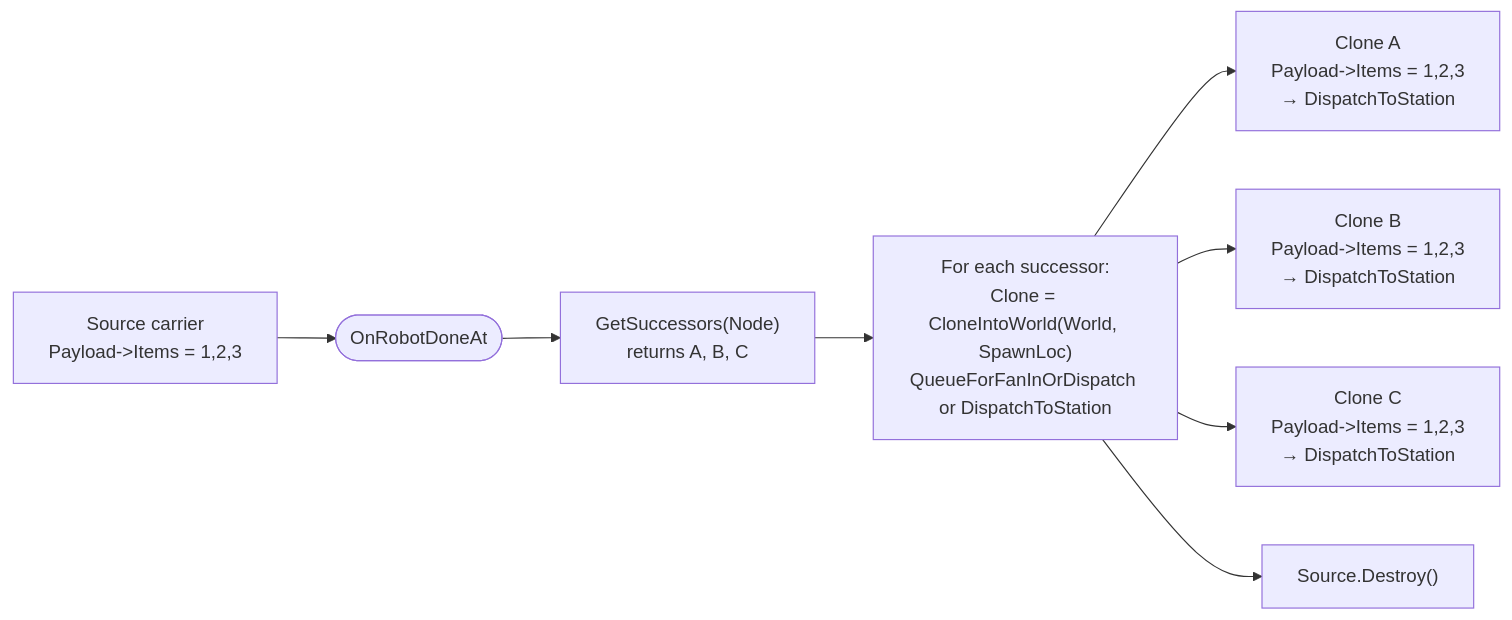
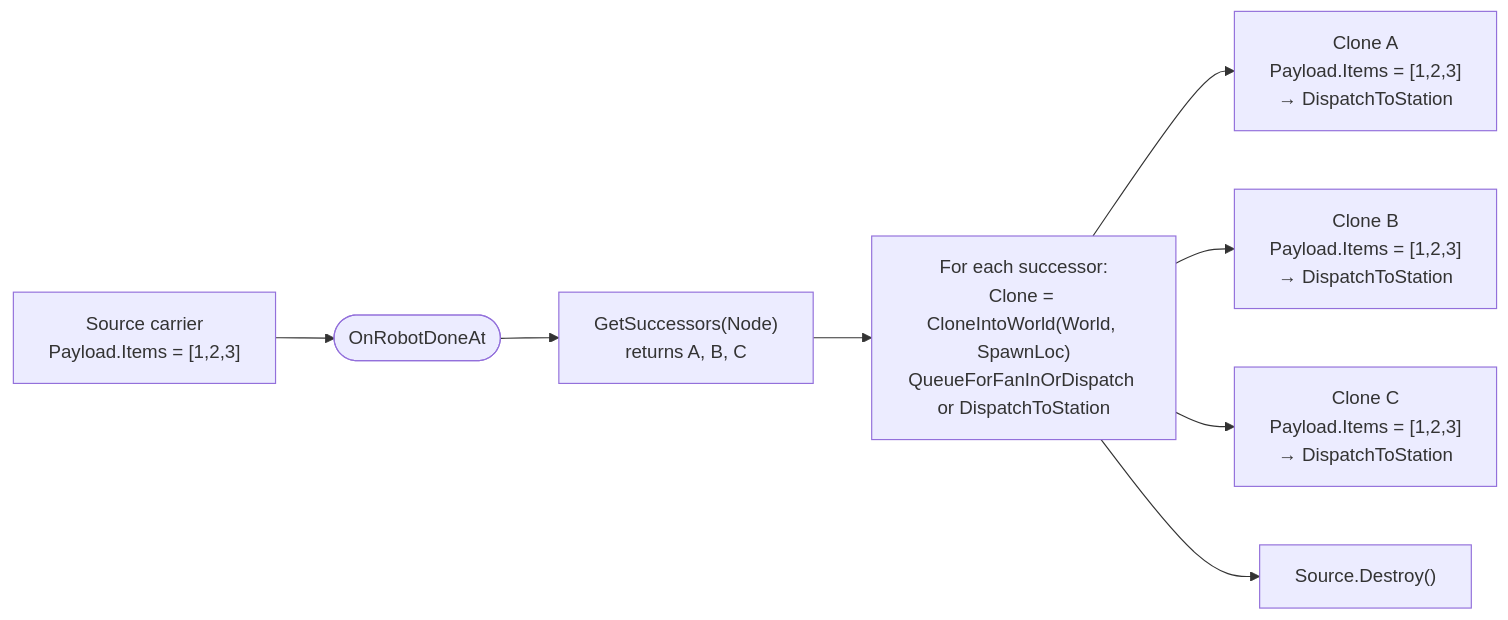
The sixth of 14 diagrams in README.md (eyupgurel/AssemblyLineSimul), drawn with Mermaid before and after one commit. The commit also changed other lines of this file, not shown here.

First line of the commit message:
README: fix Story 38 mermaid rendering on GitHub

````diff
--- a/README.md
+++ b/README.md
@@ -605,10 +605,10 @@
 ```mermaid
 flowchart LR
-  Source[Source carrier<br/>Payload->Items = 1,2,3] --> Done([OnRobotDoneAt])
+  Source["Source carrier<br/>Payload.Items = [1,2,3]"] --> Done([OnRobotDoneAt])
   Done --> Lookup["GetSuccessors(Node)<br/>returns A, B, C"]
   Lookup --> Clone["For each successor:<br/>Clone = CloneIntoWorld(World, SpawnLoc)<br/>QueueForFanInOrDispatch or DispatchToStation"]
-  Clone --> CloneA[Clone A<br/>Payload->Items = 1,2,3<br/>→ DispatchToStation]
-  Clone --> CloneB[Clone B<br/>Payload->Items = 1,2,3<br/>→ DispatchToStation]
-  Clone --> CloneC[Clone C<br/>Payload->Items = 1,2,3<br/>→ DispatchToStation]
+  Clone --> CloneA["Clone A<br/>Payload.Items = [1,2,3]<br/>→ DispatchToStation"]
+  Clone --> CloneB["Clone B<br/>Payload.Items = [1,2,3]<br/>→ DispatchToStation"]
+  Clone --> CloneC["Clone C<br/>Payload.Items = [1,2,3]<br/>→ DispatchToStation"]
   Clone --> Destroy["Source.Destroy()"]
 ```
````
